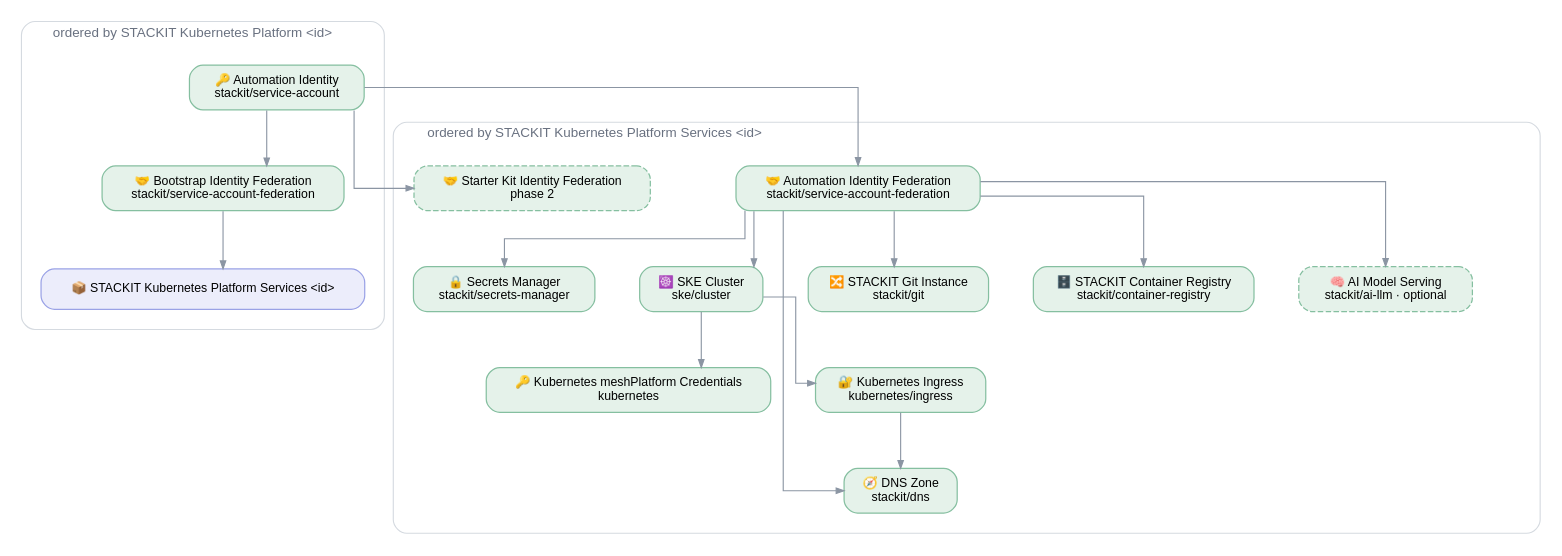
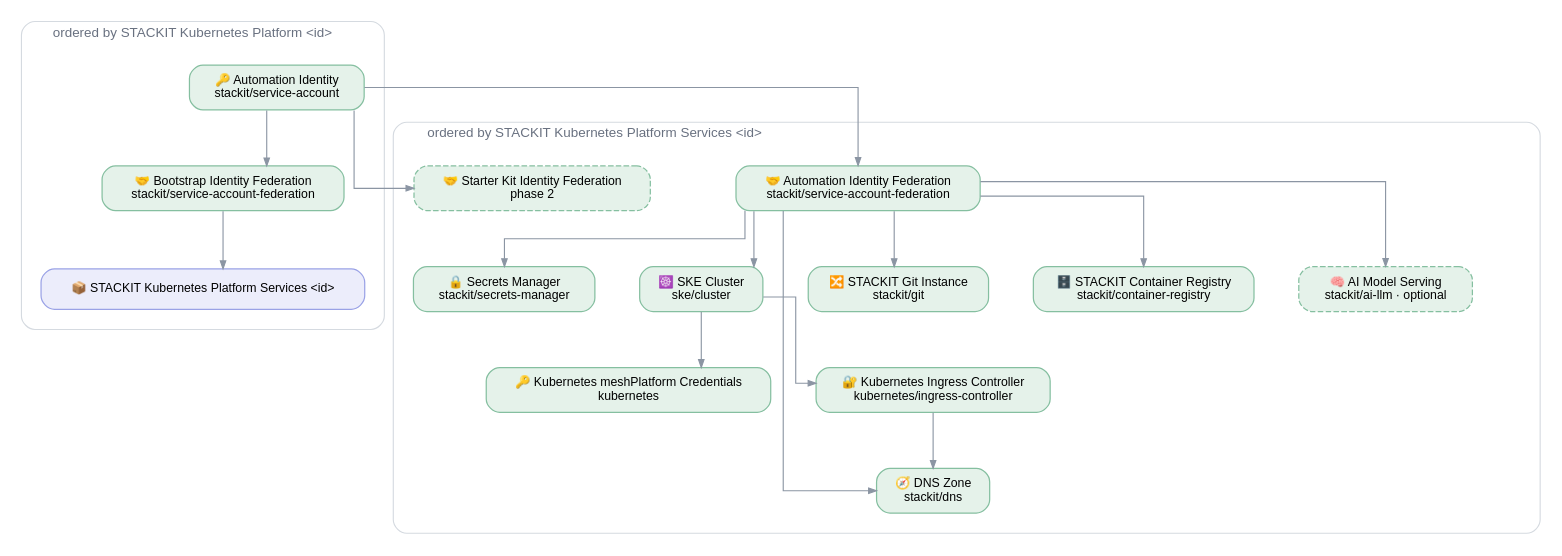
Before and after one commit to meshcloud/meshstack-hub: the diagram in reference-architectures/stackit-kubernetes/stackit-kubernetes-building-blocks.dot, drawn with Graphviz. The commit also changed 8 other files, not shown here.

First line of the commit message:
feat(ref-arch/stackit-kubernetes): order the ingress controller from kubernetes/ingress-controller

```diff
--- a/reference-architectures/stackit-kubernetes/stackit-kubernetes-building-blocks.dot
+++ b/reference-architectures/stackit-kubernetes/stackit-kubernetes-building-blocks.dot
@@ -1,65 +1,65 @@
 /*
  * Building blocks of the STACKIT Kubernetes Platform, with their parents as meshPanel shows them.
  * Every box is a building block and every arrow points from parent to child; the frames show which
  * run orders the boxes inside them.
  * Conventions: .agents/references/diagrams.md — render with: task diagrams
  */
 digraph stackit_kubernetes_building_blocks {
   rankdir=TB
   splines=ortho
   bgcolor="white"
   nodesep=0.55
   ranksep=0.7
 
   node [shape=box style="rounded,filled" fontname="Helvetica" fontsize=11
         fillcolor="#e5f2ea" color="#85bfa0" penwidth=1.1 margin="0.20,0.11"]
   edge [color="#8b95a3" arrowsize=0.7]
 
   subgraph cluster_outer {
     label="  ordered by STACKIT Kubernetes Platform <id>"
     labeljust=l
     fontname="Helvetica" fontsize=12 fontcolor="#697180"
     style="rounded" color="#d5dae0"
     margin=18
 
     SA    [label="🔑 Automation Identity\nstackit/service-account"]
     BOOT  [label="🤝 Bootstrap Identity Federation\nstackit/service-account-federation"]
     SVC   [label="📦 STACKIT Kubernetes Platform Services <id>" fillcolor="#ecedfb" color="#9aa2e6"]
   }
 
   subgraph cluster_platform {
     label="  ordered by STACKIT Kubernetes Platform Services <id>"
     labeljust=l
     fontname="Helvetica" fontsize=12 fontcolor="#697180"
     style="rounded" color="#d5dae0"
     margin=18
 
     FED     [label="🤝 Automation Identity Federation\nstackit/service-account-federation"]
     SKFED   [label="🤝 Starter Kit Identity Federation\nphase 2" style="rounded,filled,dashed"]
     SM      [label="🔒 Secrets Manager\nstackit/secrets-manager"]
     CLUSTER [label="☸️ SKE Cluster\nske/cluster"]
     GIT     [label="🔀 STACKIT Git Instance\nstackit/git"]
     REG     [label="🗄️ STACKIT Container Registry\nstackit/container-registry"]
     AI      [label="🧠 AI Model Serving\nstackit/ai-llm · optional" style="rounded,filled,dashed"]
     CREDS   [label="🔑 Kubernetes meshPlatform Credentials\nkubernetes"]
-    ING     [label="🔐 Kubernetes Ingress\nkubernetes/ingress"]
+    ING     [label="🔐 Kubernetes Ingress Controller\nkubernetes/ingress-controller"]
     DNS     [label="🧭 DNS Zone\nstackit/dns"]
 
     { rank=same; SM -> CLUSTER -> GIT -> REG -> AI [style=invis] }
     { rank=same; CREDS -> ING [style=invis] }
   }
 
   SA      -> BOOT
   BOOT    -> SVC
   SA      -> FED
   SA      -> SKFED
   FED     -> SM
   FED     -> CLUSTER
   FED     -> GIT
   FED     -> REG
   FED     -> AI
   CLUSTER -> CREDS
   CLUSTER -> ING
   ING     -> DNS
   FED     -> DNS [constraint=false]
 }
```
